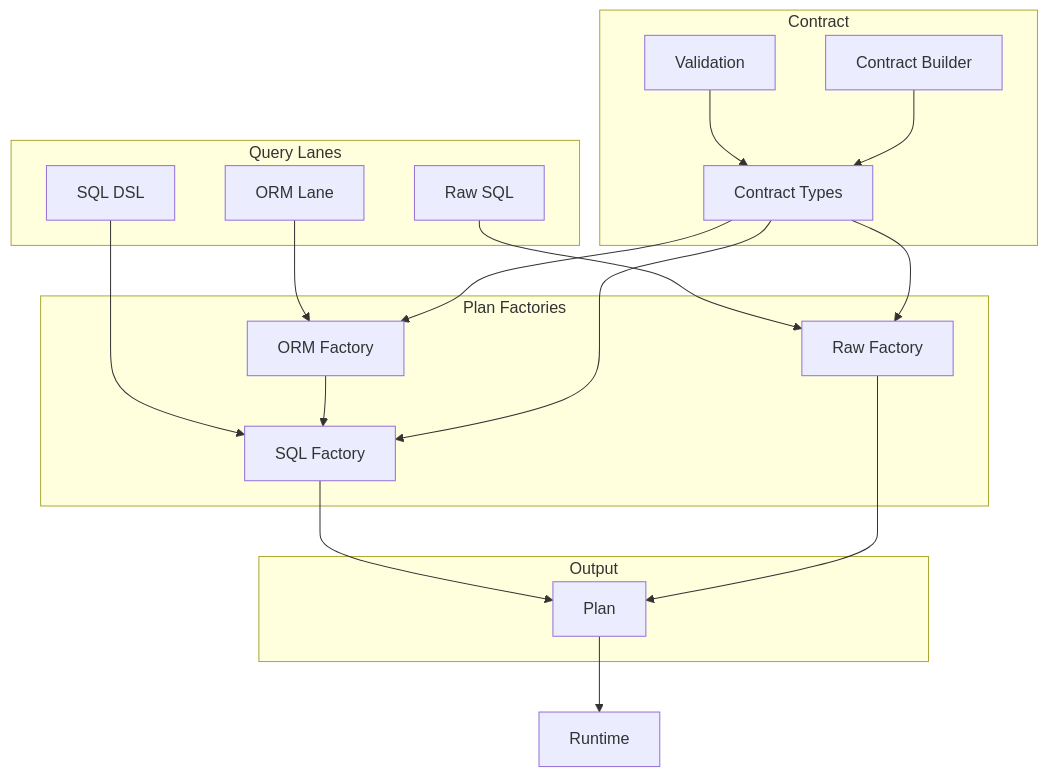
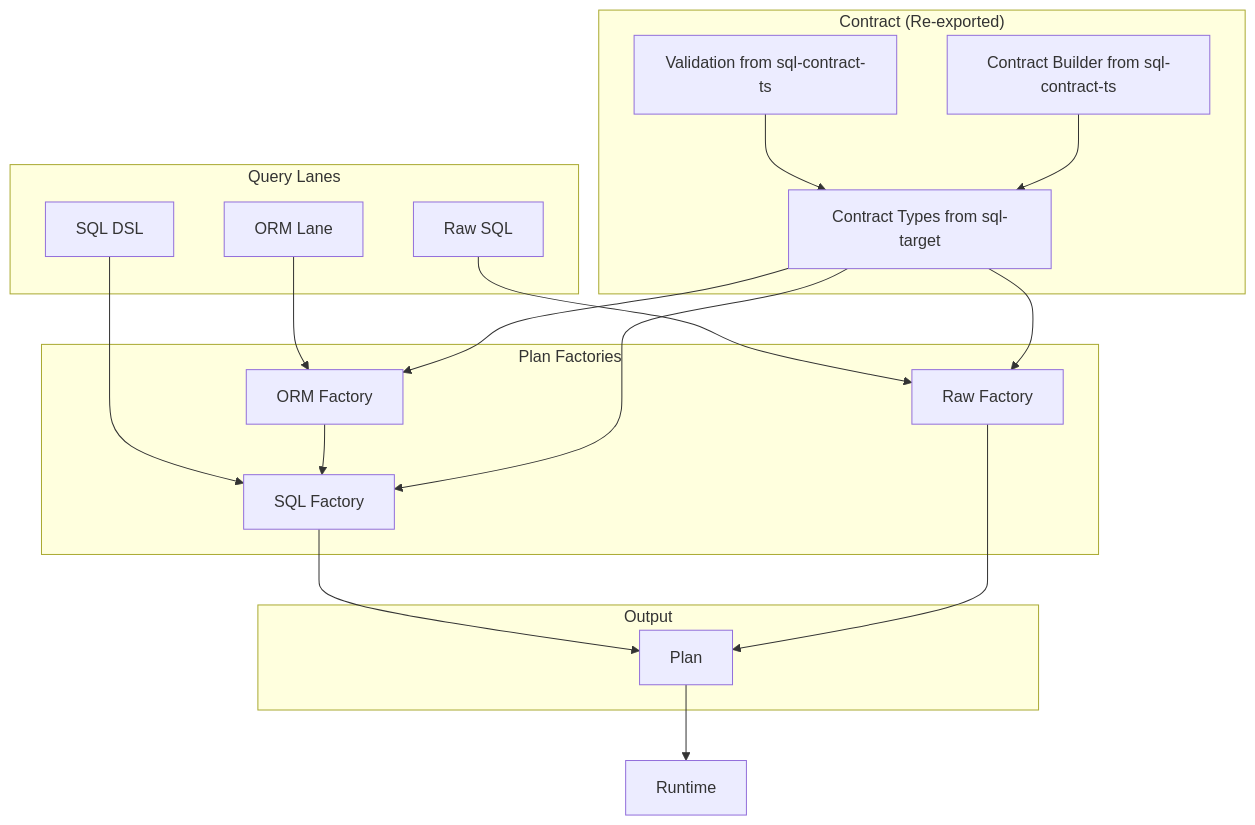
The diagram in packages/sql-query/README.md (prisma/prisma-next), drawn with Mermaid before and after one commit. The commit also changed other lines of this file and 11 other files, not shown here.

````diff
--- a/packages/sql-query/README.md
+++ b/packages/sql-query/README.md
@@ -32,37 +31,37 @@
 ```mermaid
 flowchart TD
     subgraph "Query Lanes"
         DSL[SQL DSL]
         ORM[ORM Lane]
         RAW[Raw SQL]
     end
 
     subgraph "Plan Factories"
         SQL[SQL Factory]
         ORM_FACT[ORM Factory]
         RAW_FACT[Raw Factory]
     end
 
-    subgraph "Contract"
-        CT[Contract Types]
-        VAL[Validation]
-        BUILDER[Contract Builder]
+    subgraph "Contract (Re-exported)"
+        CT[Contract Types from sql-target]
+        VAL[Validation from sql-contract-ts]
+        BUILDER[Contract Builder from sql-contract-ts]
     end
 
     subgraph "Output"
         PLAN[Plan]
     end
 
     DSL --> SQL
     ORM --> ORM_FACT
     RAW --> RAW_FACT
     SQL --> PLAN
     ORM_FACT --> SQL
     RAW_FACT --> PLAN
     CT --> SQL
     CT --> ORM_FACT
     CT --> RAW_FACT
     VAL --> CT
     BUILDER --> CT
     PLAN --> RT[Runtime]
 ```
````
